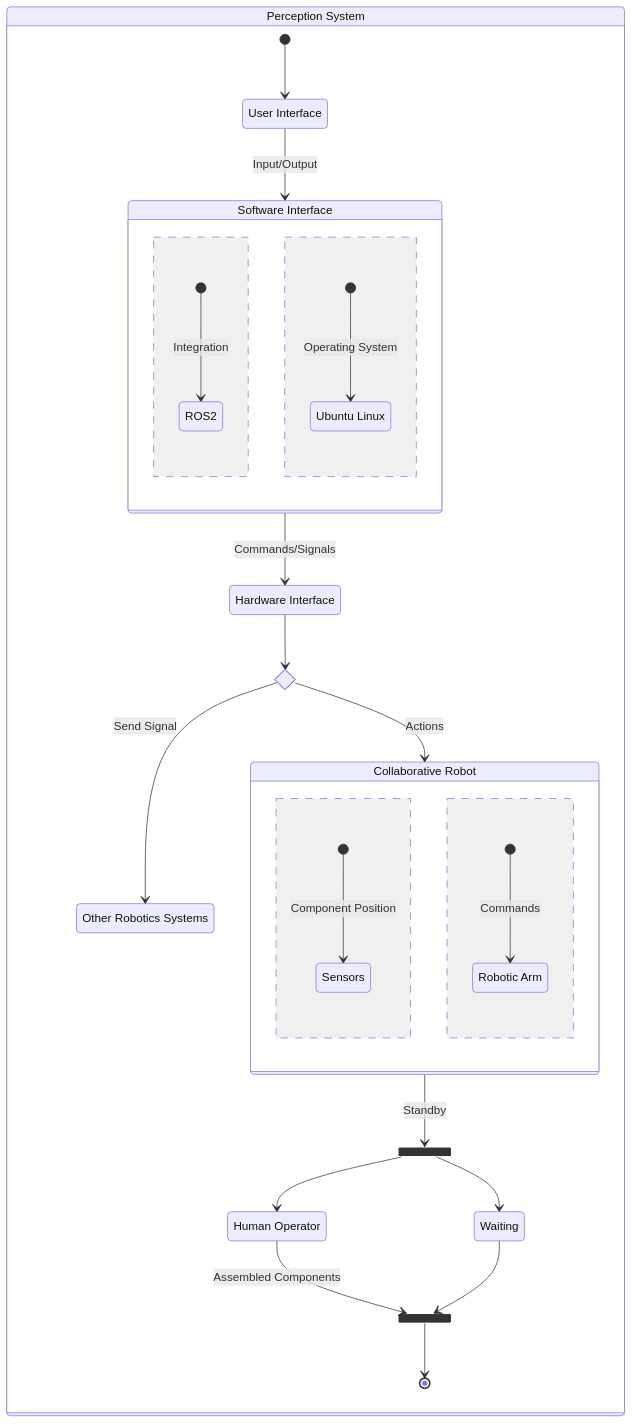
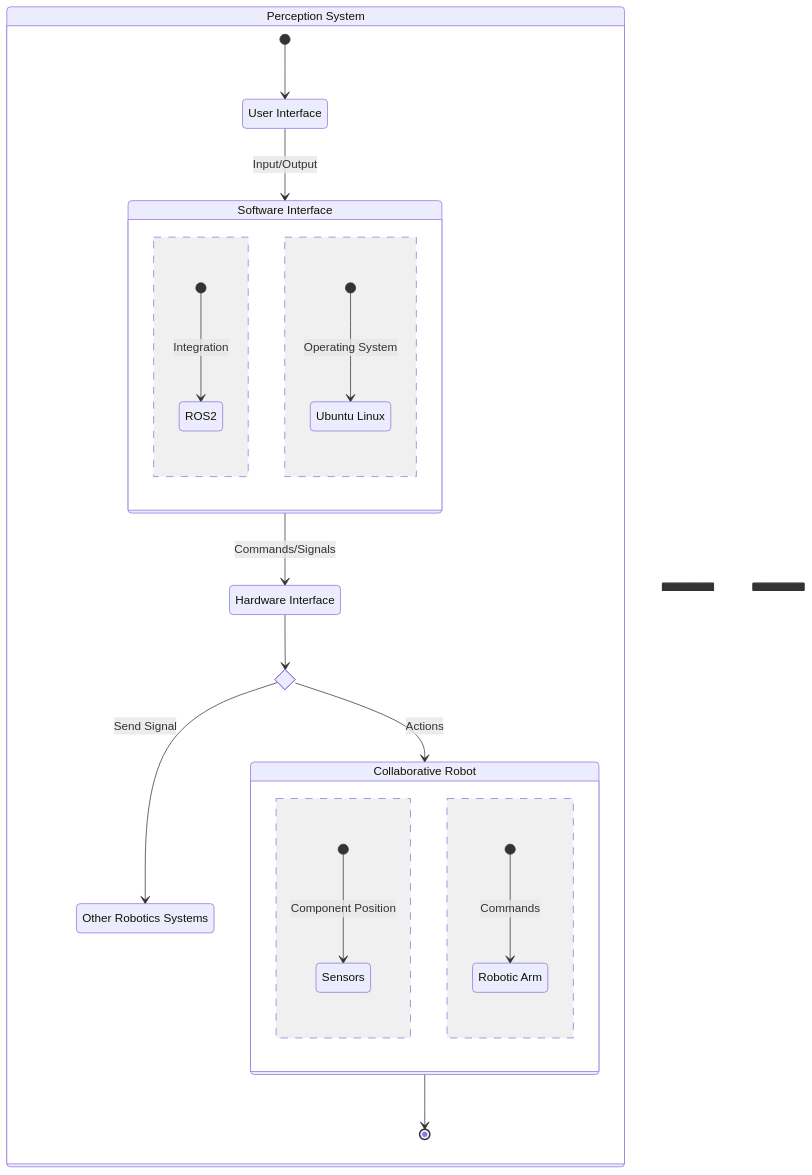
The second of 2 diagrams in assessments/design.md (kanbanyte/sepa), drawn with Mermaid before and after one commit.

Commit message:
Edited diagram

````diff
--- a/assessments/design.md
+++ b/assessments/design.md
@@ -113,43 +113,36 @@
 ```mermaid
 stateDiagram-v2
 	direction TB
 	state if_state <<choice>>
 	state fork <<fork>>
 	state join <<join>>
 	state "User Interface" as User
 	state "Hardware Interface" as Hardware
 	state "Other Robotics Systems" as OtherSystems
-	state "Waiting" as Wait
-	state "Human Operator" as Operator
 	state "Ubuntu Linux" as Ubuntu
 	state "Robotic Arm" as Robot
 
 	state "Software Interface" as Software {
 		[*] --> ROS2 : Integration
 		--
 		[*] --> Ubuntu : Operating System
 	}
 
 	state "Collaborative Robot" as Cobot {
 		[*] --> Sensors : Component Position
 		--
 		[*] --> Robot : Commands
 	}
 
 	state "Perception System" as Perception {
 		[*] --> User
 		User --> Software : Input/Output
 		Software --> Hardware : Commands/Signals
 
 		Hardware --> if_state
 		if_state --> OtherSystems : Send Signal
 		if_state --> Cobot : Actions
 
-		Cobot --> fork : Standby
-		fork --> Wait
-		fork --> Operator
-		Operator --> join : Assembled Components
-		Wait --> join
-		join --> [*]
+		Cobot --> [*]
 	}
 ```
````
